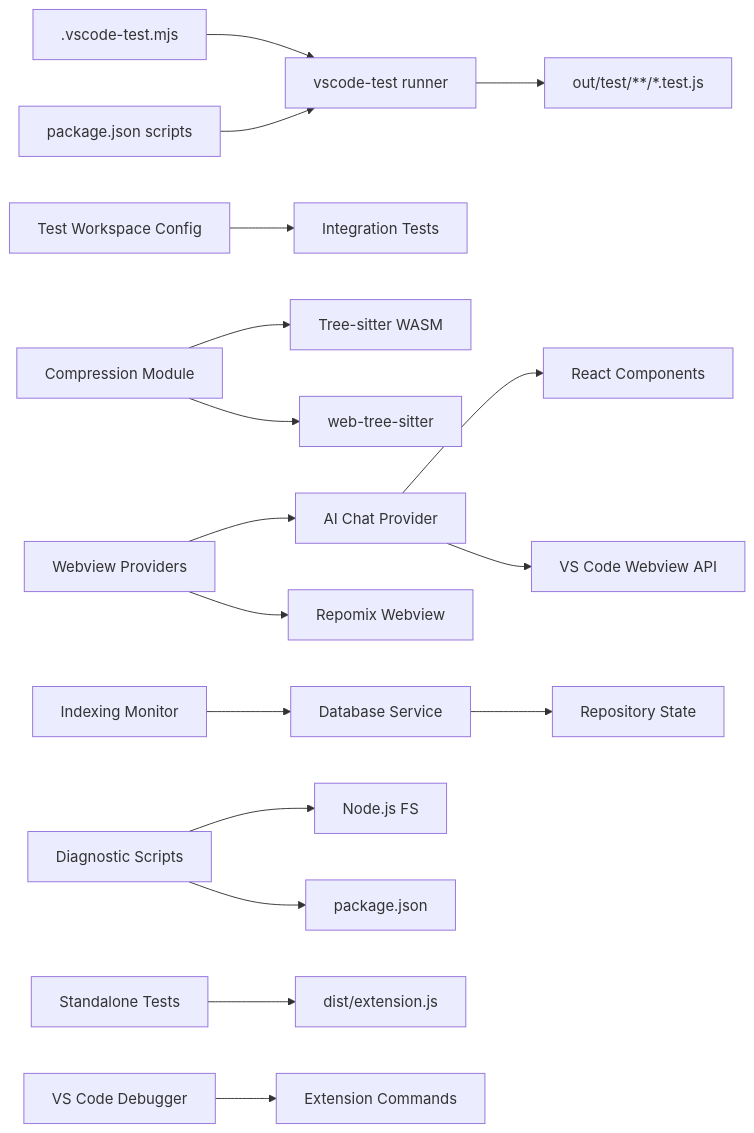
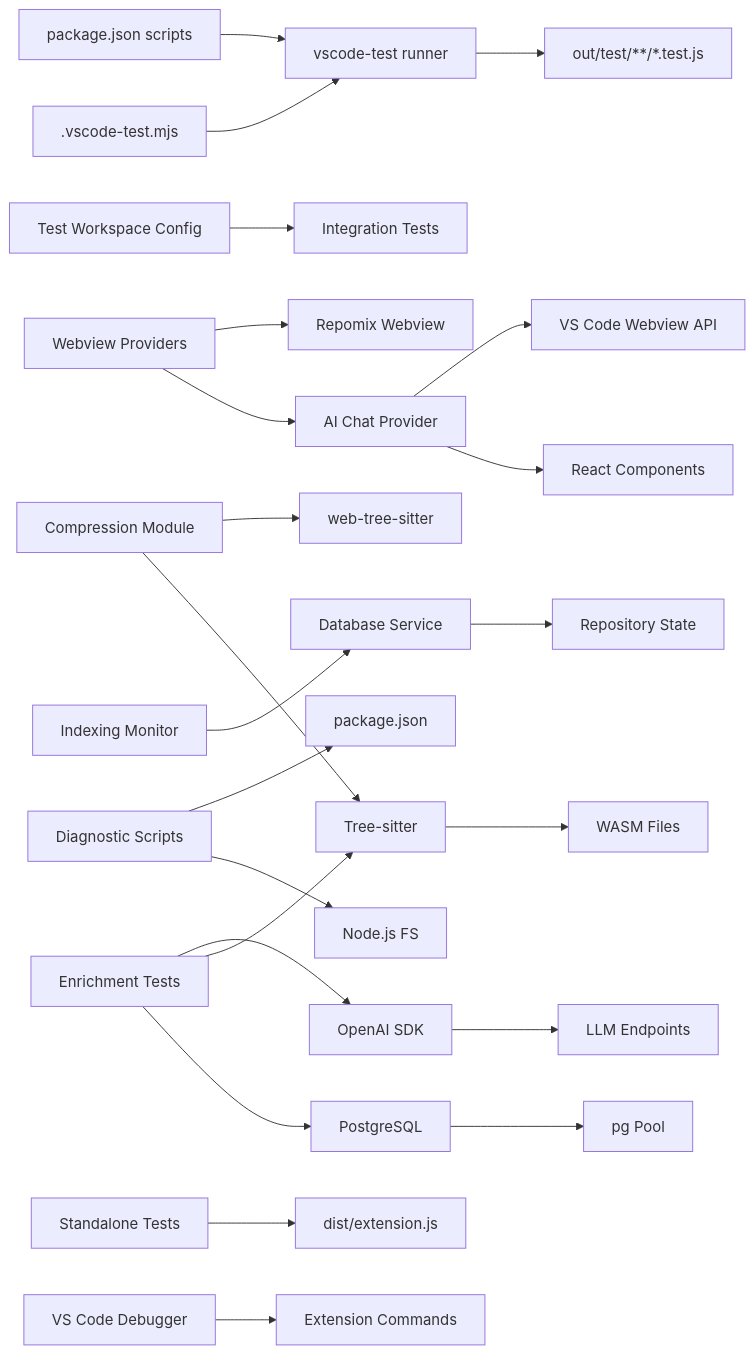
Diagram 22 of 22 in .qoder/repowiki/en/content/Testing Framework/Testing Framework.md (bramburn/repomix-runner), drawn with Mermaid before and after one commit. The commit also changed other lines of this file and 14 other files, not shown here.

````diff
--- a/.qoder/repowiki/en/content/Testing Framework/Testing Framework.md
+++ b/.qoder/repowiki/en/content/Testing Framework/Testing Framework.md
@@ -605,19 +771,25 @@
 ```mermaid
 graph LR
 CFG[".vscode-test.mjs"] --> RUN["vscode-test runner"]
 PKG["package.json scripts"] --> RUN
 RUN --> OUT["out/test/**/*.test.js"]
 WS["Test Workspace Config"] --> IT["Integration Tests"]
 COMP["Compression Module"] --> TS["Tree-sitter WASM"]
 COMP --> WTS["web-tree-sitter"]
 WV["Webview Providers"] --> AC["AI Chat Provider"]
 WV --> RW["Repomix Webview"]
 AC --> REACT["React Components"]
 AC --> VSAPI["VS Code Webview API"]
 IDX["Indexing Monitor"] --> DB["Database Service"]
 DB --> REPO["Repository State"]
 DIAG["Diagnostic Scripts"] --> NODE["Node.js FS"]
 DIAG --> PKG2["package.json"]
 STANDALONE["Standalone Tests"] --> DIST["dist/extension.js"]
 VSDEBUG["VS Code Debugger"] --> EXT["Extension Commands"]
+ENR["Enrichment Tests"] --> PG["PostgreSQL"]
+ENR --> TS["Tree-sitter"]
+ENR --> OPENAI["OpenAI SDK"]
+PG --> POOL["pg Pool"]
+TS --> WASM["WASM Files"]
+OPENAI --> ENDPOINT["LLM Endpoints"]
 ```
````
